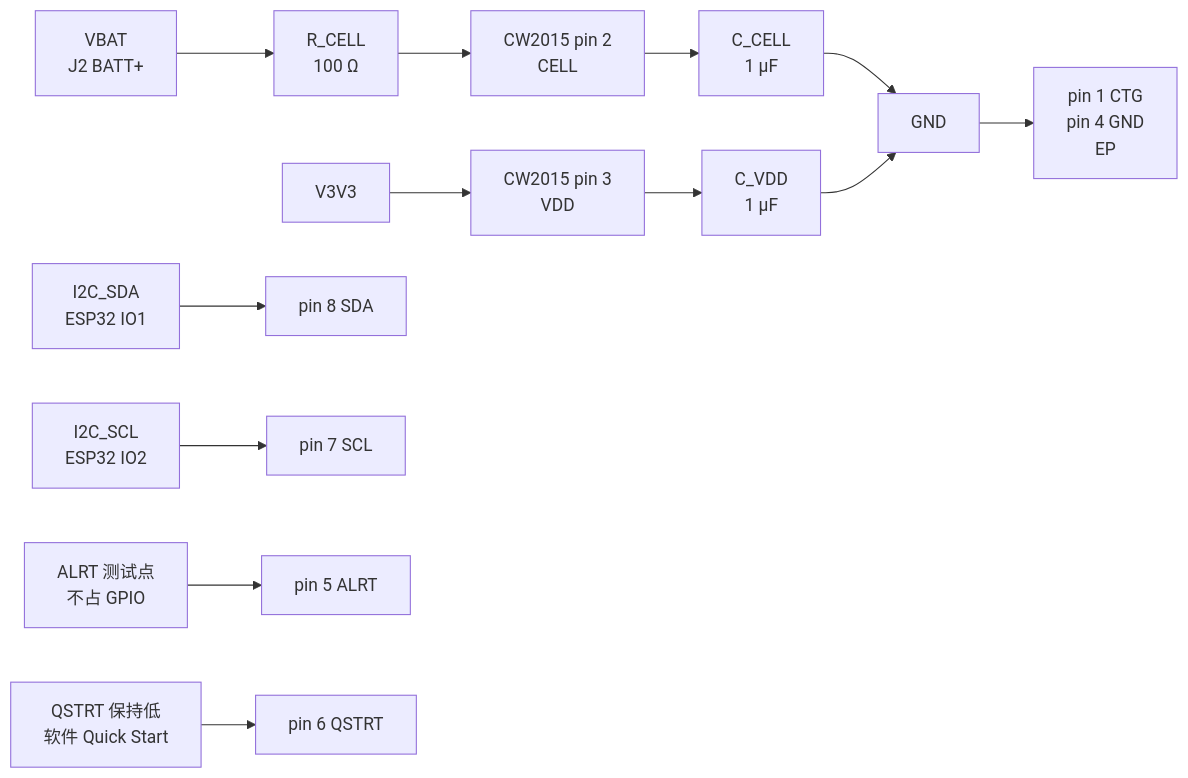
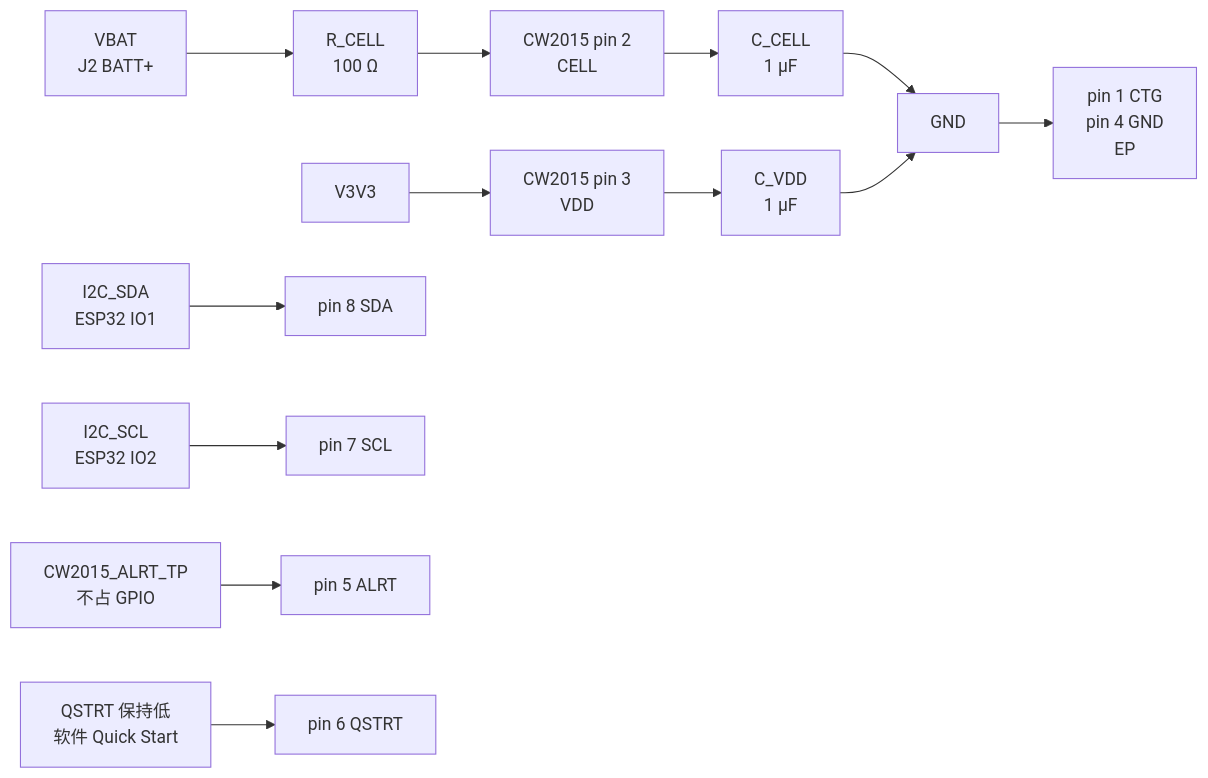
Before and after one commit to zhanghongchen1213/Electronic_Wooden_Fish: the diagram in docs/hardware/外围电路设计/CW2015CHBD外围电路设计与接线.md, drawn with Mermaid. The commit also changed other lines of this file and 2 other files, not shown here.

````diff
--- a/docs/hardware/外围电路设计/CW2015CHBD外围电路设计与接线.md
+++ b/docs/hardware/外围电路设计/CW2015CHBD外围电路设计与接线.md
@@ -36,15 +36,15 @@
 ```mermaid
 flowchart LR
   BAT["VBAT\nJ2 BATT+"] --> R["R_CELL\n100 Ω"]
   R --> CELL["CW2015 pin 2\nCELL"]
   CELL --> C["C_CELL\n1 µF"]
   C --> GND["GND"]
   V3["V3V3"] --> VDD["CW2015 pin 3\nVDD"]
   VDD --> CV["C_VDD\n1 µF"]
   CV --> GND
   GND --> CTG["pin 1 CTG\npin 4 GND\nEP"]
   SDA["I2C_SDA\nESP32 IO1"] --> SD["pin 8 SDA"]
   SCL["I2C_SCL\nESP32 IO2"] --> SC["pin 7 SCL"]
-  AL["ALRT 测试点\n不占 GPIO"] --> A["pin 5 ALRT"]
+  AL["CW2015_ALRT_TP\n不占 GPIO"] --> A["pin 5 ALRT"]
   Q["QSTRT 保持低\n软件 Quick Start"] --> QS["pin 6 QSTRT"]
 ```
````
